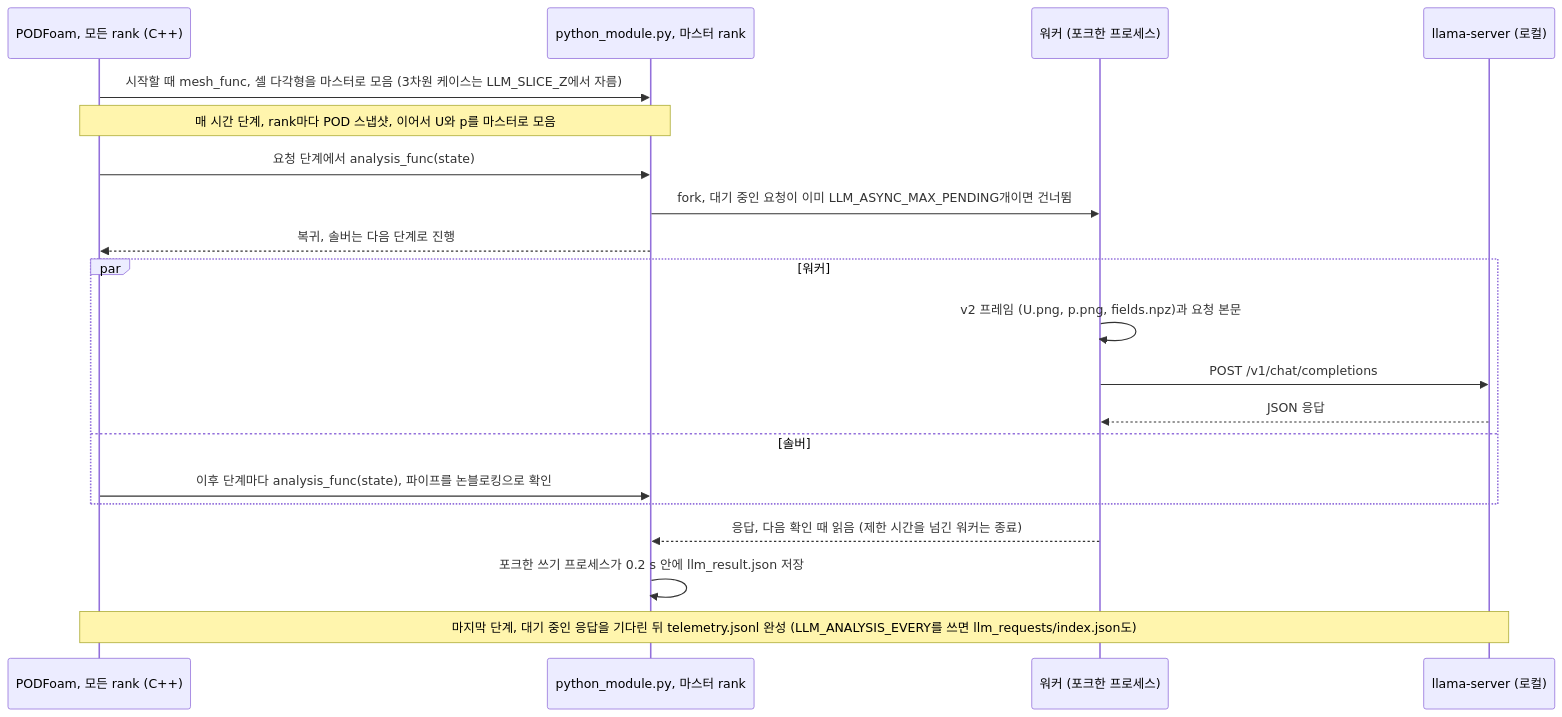
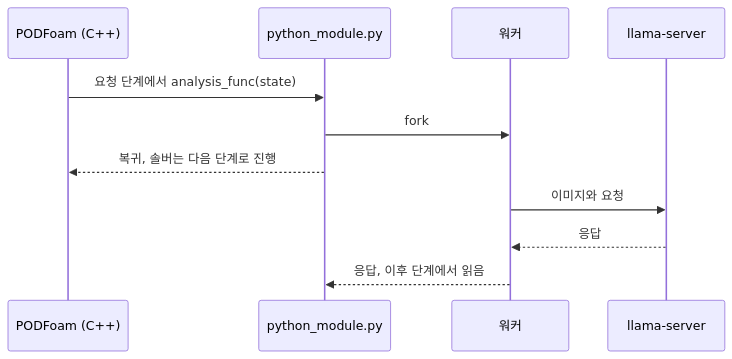
The diagram in README.md (seungminyome/PythonFOAM-Korean), drawn with Mermaid before and after one commit. The commit also changed other lines of this file and 2 other files, not shown here.

````diff
--- a/README.md
+++ b/README.md
@@ -68,22 +51,13 @@
 ```mermaid
 sequenceDiagram
-    participant S as PODFoam, 모든 rank (C++)
-    participant P as python_module.py, 마스터 rank
-    participant W as 워커 (포크한 프로세스)
-    participant L as llama-server (로컬)
-    S->>P: 시작할 때 mesh_func, 셀 다각형을 마스터로 모음 (3차원 케이스는 LLM_SLICE_Z에서 자름)
-    Note over S,P: 매 시간 단계, rank마다 POD 스냅샷, 이어서 U와 p를 마스터로 모음
+    participant S as PODFoam (C++)
+    participant P as python_module.py
+    participant W as 워커
+    participant L as llama-server
     S->>P: 요청 단계에서 analysis_func(state)
-    P->>W: fork, 대기 중인 요청이 이미 LLM_ASYNC_MAX_PENDING개이면 건너뜀
+    P->>W: fork
     P-->>S: 복귀, 솔버는 다음 단계로 진행
-    par 워커
-        W->>W: v2 프레임 (U.png, p.png, fields.npz)과 요청 본문
-        W->>L: POST /v1/chat/completions
-        L-->>W: JSON 응답
-    and 솔버
-        S->>P: 이후 단계마다 analysis_func(state), 파이프를 논블로킹으로 확인
-    end
-    W-->>P: 응답, 다음 확인 때 읽음 (제한 시간을 넘긴 워커는 종료)
-    P->>P: 포크한 쓰기 프로세스가 0.2 s 안에 llm_result.json 저장
-    Note over S,L: 마지막 단계, 대기 중인 응답을 기다린 뒤 telemetry.jsonl 완성 (LLM_ANALYSIS_EVERY를 쓰면 llm_requests/index.json도)
+    W->>L: 이미지와 요청
+    L-->>W: 응답
+    W-->>P: 응답, 이후 단계에서 읽음
 ```
````
